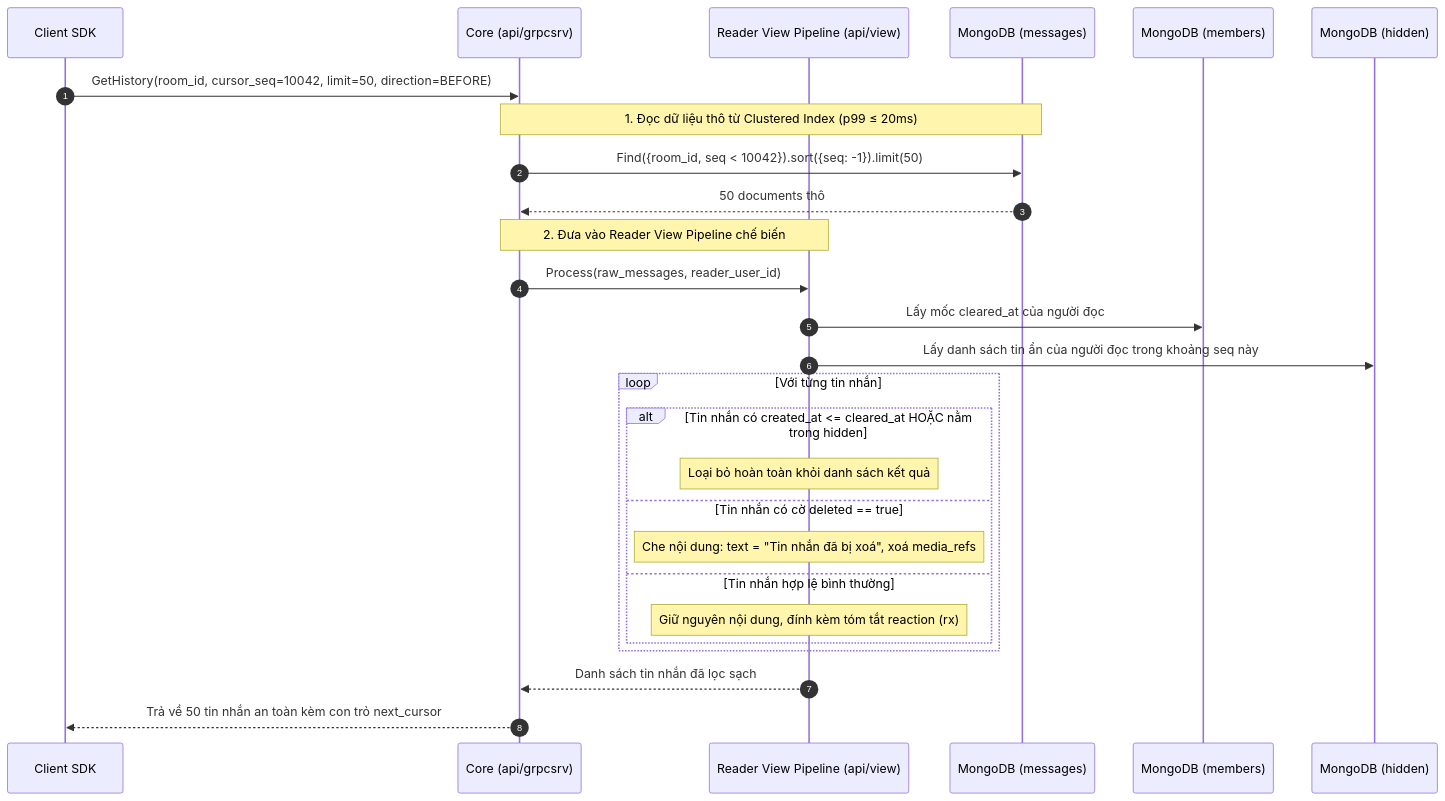
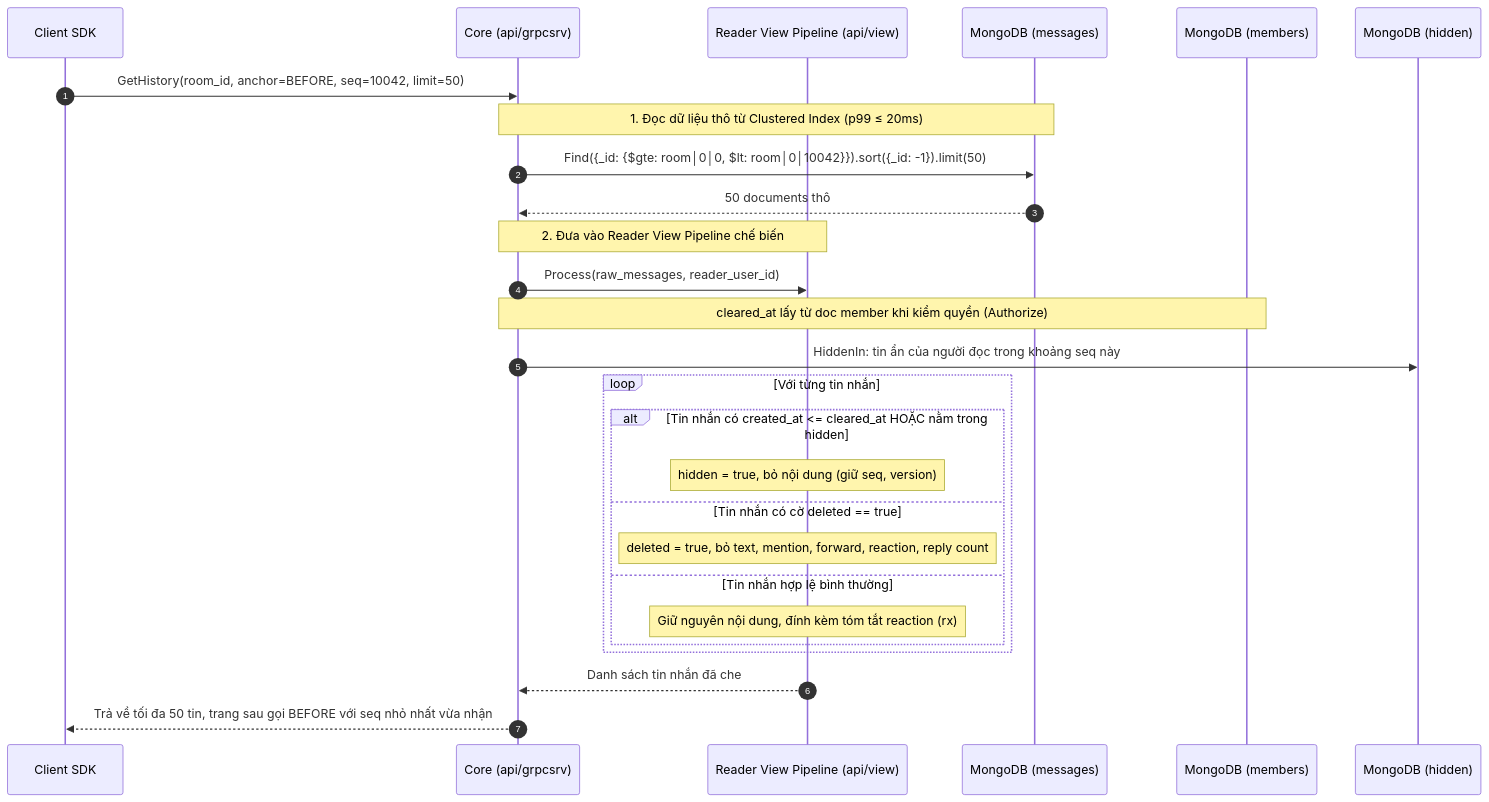
One commit to ivannguyendev/chatim changed the second of 3 diagrams in docs/modules/08-feature-history-retrieval-and-sync.md. Above: the diagram before and after it, drawn with Mermaid. The commit also changed other lines of this file and 12 other files, not shown here.

````diff
--- a/docs/modules/08-feature-history-retrieval-and-sync.md
+++ b/docs/modules/08-feature-history-retrieval-and-sync.md
@@ -42,35 +42,35 @@
 ```mermaid
 sequenceDiagram
     autonumber
     participant Client as Client SDK
     participant Core as Core (api/grpcsrv)
     participant View as Reader View Pipeline (api/view)
     participant Msgs as MongoDB (messages)
     participant Members as MongoDB (members)
     participant Hidden as MongoDB (hidden)
 
-    Client->>Core: GetHistory(room_id, cursor_seq=10042, limit=50, direction=BEFORE)
+    Client->>Core: GetHistory(room_id, anchor=BEFORE, seq=10042, limit=50)
 
     Note over Core,Msgs: 1. Đọc dữ liệu thô từ Clustered Index (p99 ≤ 20ms)
-    Core->>Msgs: Find({room_id, seq < 10042}).sort({seq: -1}).limit(50)
+    Core->>Msgs: Find({_id: {$gte: room│0│0, $lt: room│0│10042}}).sort({_id: -1}).limit(50)
     Msgs-->>Core: 50 documents thô
 
     Note over Core,View: 2. Đưa vào Reader View Pipeline chế biến
     Core->>View: Process(raw_messages, reader_user_id)
 
-    View->>Members: Lấy mốc cleared_at của người đọc
-    View->>Hidden: Lấy danh sách tin ẩn của người đọc trong khoảng seq này
+    Note over Core,Members: cleared_at lấy từ doc member khi kiểm quyền (Authorize)
+    Core->>Hidden: HiddenIn: tin ẩn của người đọc trong khoảng seq này
 
     loop Với từng tin nhắn
         alt Tin nhắn có created_at <= cleared_at HOẶC nằm trong hidden
-            Note over View: Loại bỏ hoàn toàn khỏi danh sách kết quả
+            Note over View: hidden = true, bỏ nội dung (giữ seq, version)
         else Tin nhắn có cờ deleted == true
-            Note over View: Che nội dung: text = "Tin nhắn đã bị xoá", xoá media_refs
+            Note over View: deleted = true, bỏ text, mention, forward, reaction, reply count
         else Tin nhắn hợp lệ bình thường
             Note over View: Giữ nguyên nội dung, đính kèm tóm tắt reaction (rx)
         end
     end
 
-    View-->>Core: Danh sách tin nhắn đã lọc sạch
-    Core-->>Client: Trả về 50 tin nhắn an toàn kèm con trỏ next_cursor
+    View-->>Core: Danh sách tin nhắn đã che
+    Core-->>Client: Trả về tối đa 50 tin, trang sau gọi BEFORE với seq nhỏ nhất vừa nhận
 ```
````
